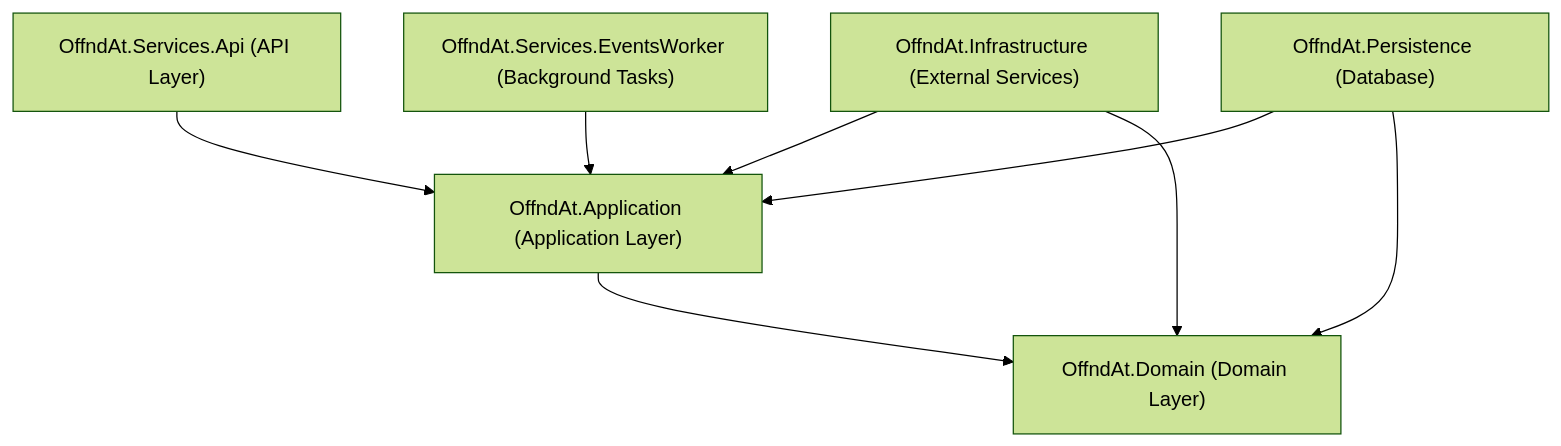
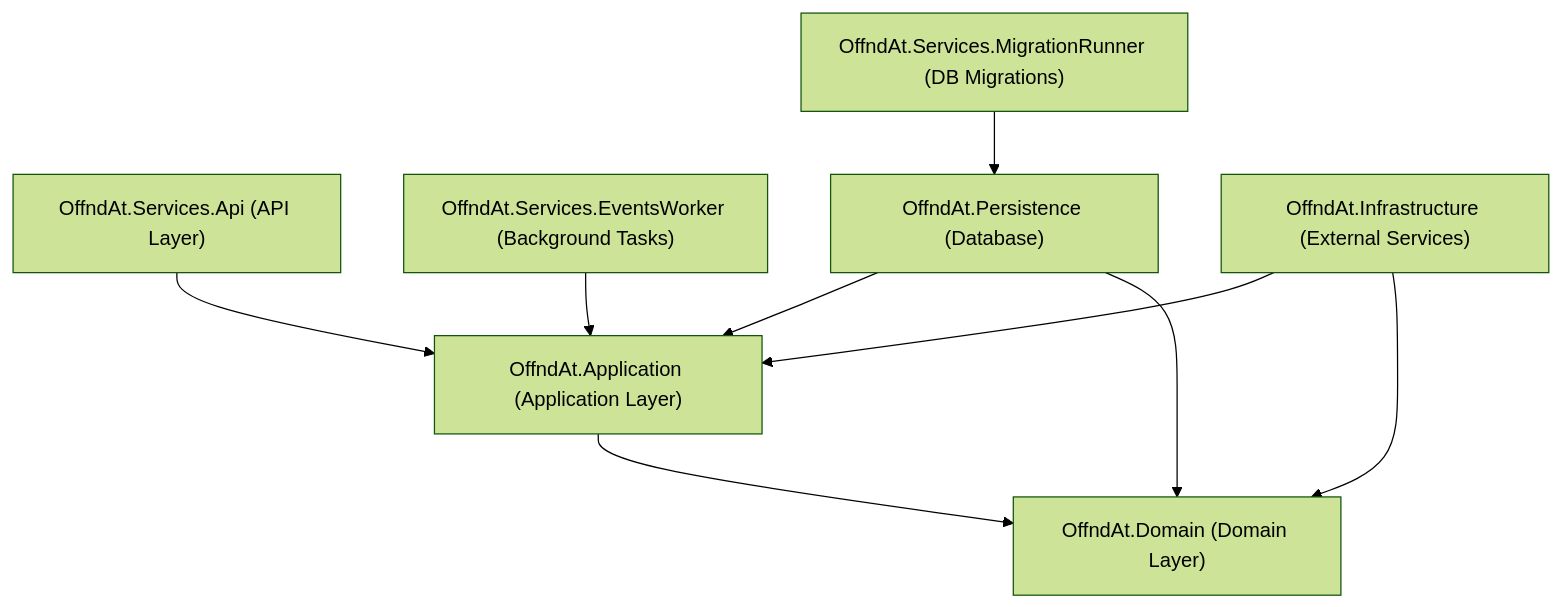
One commit to offnd-at/backend-core changed the diagram in docs/agents.md. Above: the diagram before and after it, drawn with Mermaid (forest theme). The commit also changed other lines of this file and 6 other files, not shown here.

````diff
--- a/docs/agents.md
+++ b/docs/agents.md
@@ -10,10 +10,11 @@
 ```mermaid
 graph TD
     API["OffndAt.Services.Api (API Layer)"] --> Application["OffndAt.Application (Application Layer)"]
     EventsWorker["OffndAt.Services.EventsWorker (Background Tasks)"] --> Application
+    MigrationRunner["OffndAt.Services.MigrationRunner (DB Migrations)"] --> Persistence["OffndAt.Persistence (Database)"]
     Application --> Domain["OffndAt.Domain (Domain Layer)"]
     Infrastructure["OffndAt.Infrastructure (External Services)"] --> Application
-    Persistence["OffndAt.Persistence (Database)"] --> Application
+    Persistence --> Application
     Persistence --> Domain
     Infrastructure --> Domain
 ```
````
